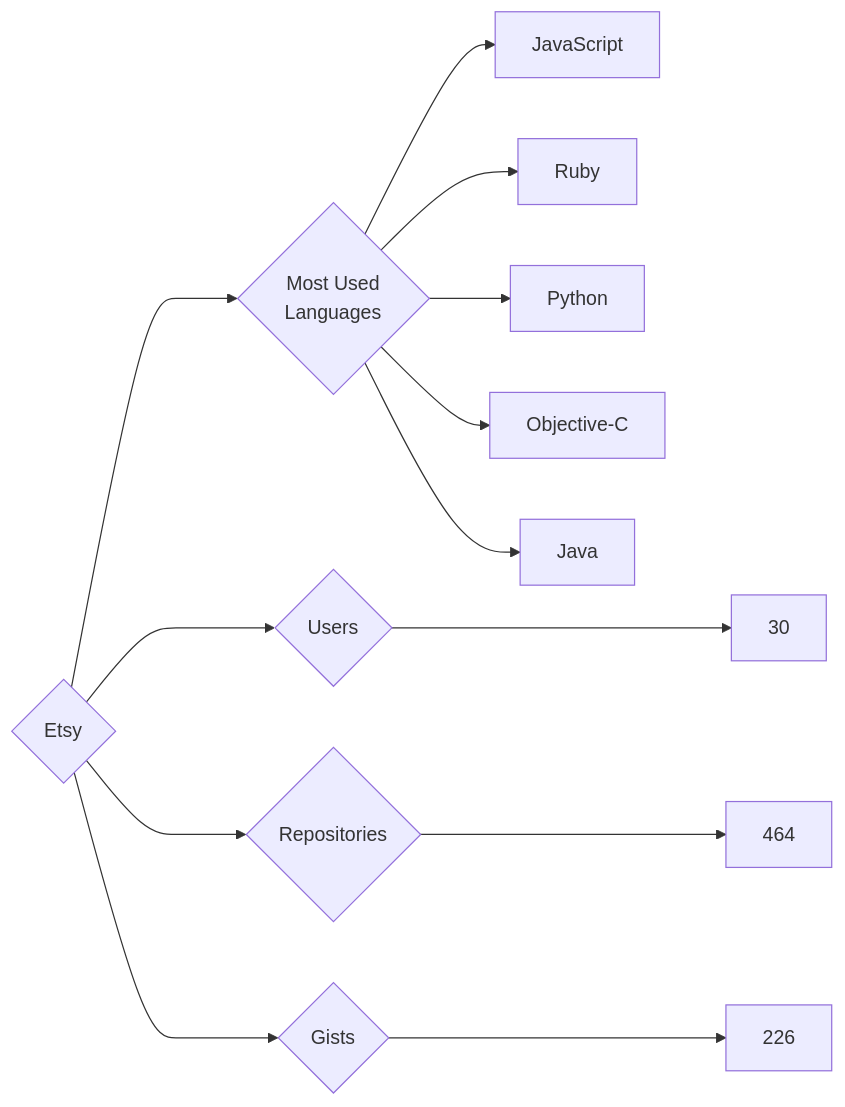
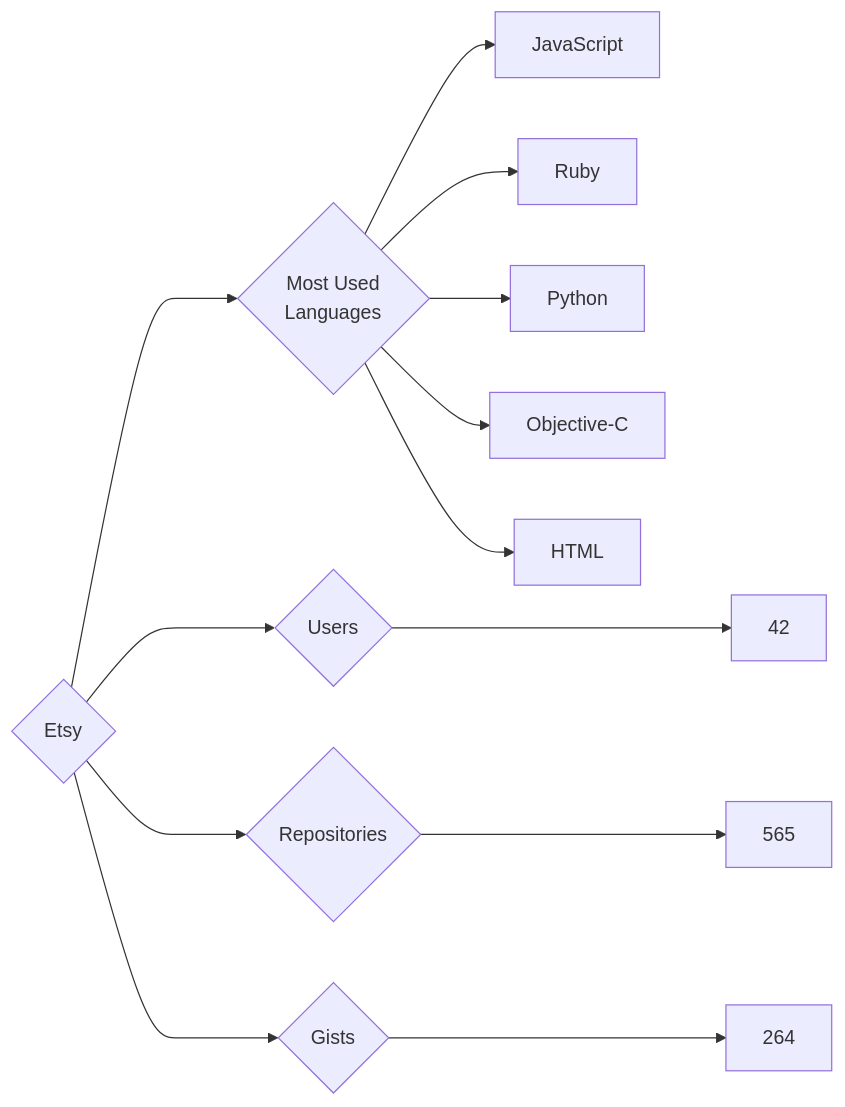
Before and after one commit to trickest/insiders: the diagram in targets/Etsy/README.md, drawn with Mermaid. The commit also changed 900 other files, not shown here.

````diff
--- a/targets/Etsy/README.md
+++ b/targets/Etsy/README.md
@@ -3,13 +3,13 @@
 ```mermaid
 graph LR
 COMPANY_NAME{Etsy}
-COMPANY_NAME ---> U{Users} ---> UN[30]
-COMPANY_NAME ---> R{Repositories} ---> RN[464]
-COMPANY_NAME ---> G{Gists} ---> GN[226]
+COMPANY_NAME ---> U{Users} ---> UN[42]
+COMPANY_NAME ---> R{Repositories} ---> RN[565]
+COMPANY_NAME ---> G{Gists} ---> GN[264]
 COMPANY_NAME ---> ML{Most Used<br>Languages}
 ML --> JavaScript[JavaScript]
 ML --> Ruby[Ruby]
 ML --> Python[Python]
 ML --> Objective-C[Objective-C]
-ML --> Java[Java]
+ML --> HTML[HTML]
 ```
````
